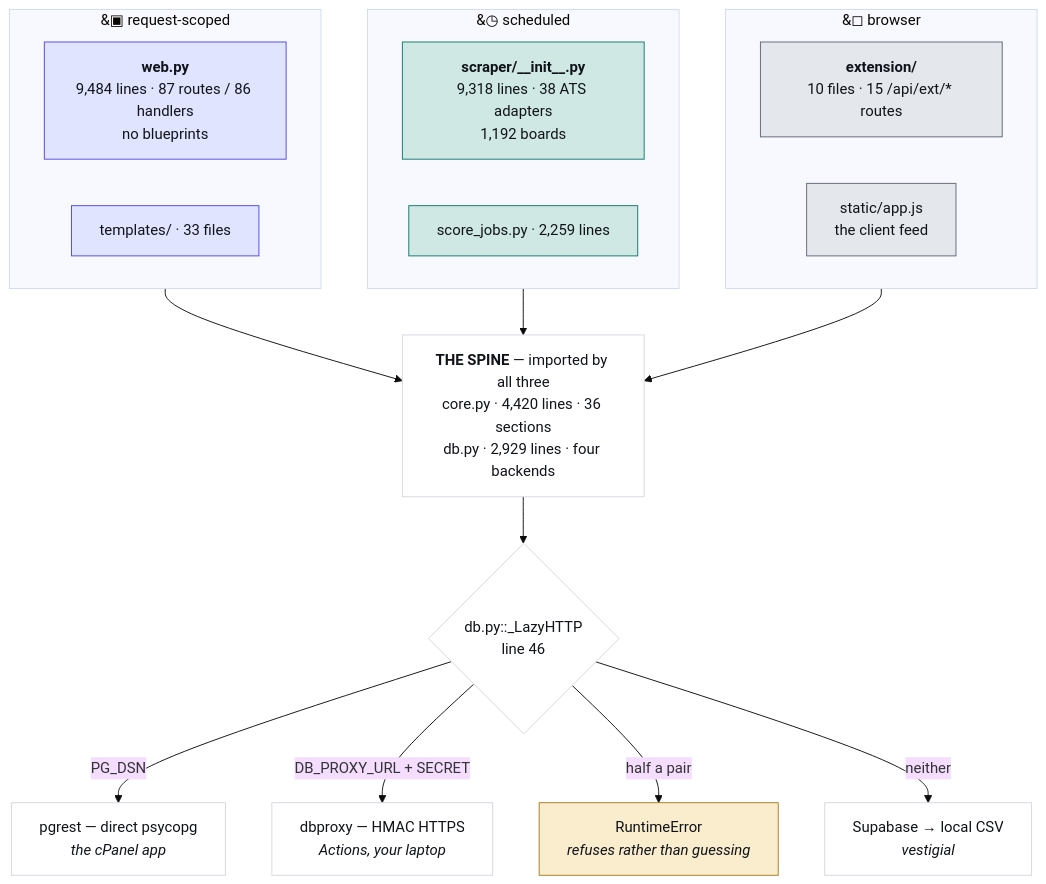
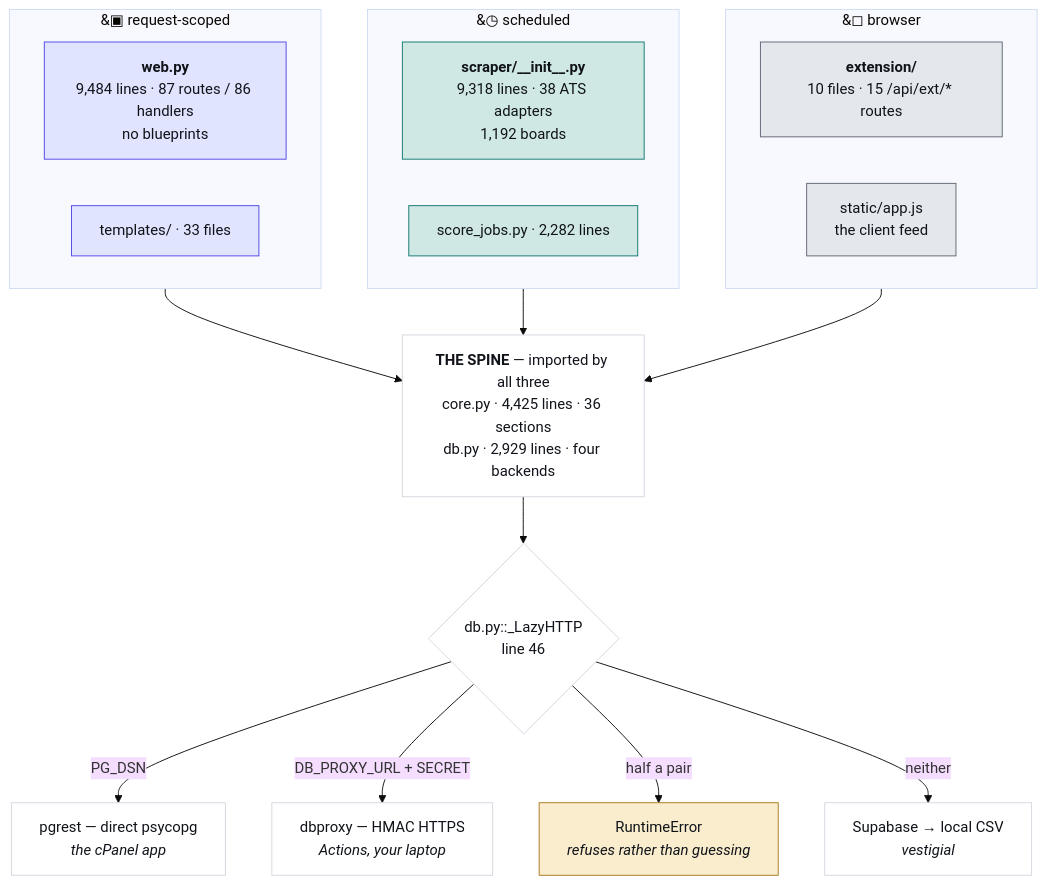
Before and after one commit to hadakunal909-debug/job-search-tool: the first of 4 diagrams in JobMatch Scraper/docs/ARCHITECTURE.md, drawn with Mermaid (base theme). The commit also changed 8 other files, not shown here.

````diff
--- a/JobMatch Scraper/docs/ARCHITECTURE.md
+++ b/JobMatch Scraper/docs/ARCHITECTURE.md
@@ -45,34 +45,34 @@
 ```mermaid
 flowchart TB
   subgraph REQ["&#9635; request-scoped"]
     W["<b>web.py</b><br/>9,484 lines · 87 routes / 86 handlers<br/>no blueprints"]
     T["templates/ · 33 files"]
   end
   subgraph SCH["&#9719; scheduled"]
     S["<b>scraper/__init__.py</b><br/>9,318 lines · 38 ATS adapters<br/>1,192 boards"]
-    J["score_jobs.py · 2,259 lines"]
+    J["score_jobs.py · 2,282 lines"]
   end
   subgraph CLI["&#9723; browser"]
     E["<b>extension/</b><br/>10 files · 15 /api/ext/* routes"]
     A["static/app.js<br/>the client feed"]
   end
-  SPINE["<b>THE SPINE</b> — imported by all three<br/>core.py · 4,420 lines · 36 sections<br/>db.py · 2,929 lines · four backends"]
+  SPINE["<b>THE SPINE</b> — imported by all three<br/>core.py · 4,425 lines · 36 sections<br/>db.py · 2,929 lines · four backends"]
   REQ --> SPINE
   SCH --> SPINE
   CLI --> SPINE
   SPINE --> D{"db.py::_LazyHTTP<br/>line 46"}
   D -->|"PG_DSN"| P["pgrest — direct psycopg<br/><i>the cPanel app</i>"]
   D -->|"DB_PROXY_URL + SECRET"| X["dbproxy — HMAC HTTPS<br/><i>Actions, your laptop</i>"]
   D -->|"half a pair"| R["RuntimeError<br/><i>refuses rather than guessing</i>"]
   D -->|"neither"| V["Supabase → local CSV<br/><i>vestigial</i>"]
   classDef web fill:#e0e4fe,stroke:#4f46e5,color:#101319
   classDef sched fill:#cfe8e3,stroke:#0f766e,color:#101319
   classDef client fill:#e4e7ec,stroke:#5f6573,color:#101319
   classDef trap fill:#f9edcd,stroke:#a8781a,color:#101319
   classDef plain fill:#ffffff,stroke:#d3d7df,color:#101319
   class W,T web
   class S,J sched
   class E,A client
   class R trap
   class SPINE,D,P,X,V plain
 ```
````
